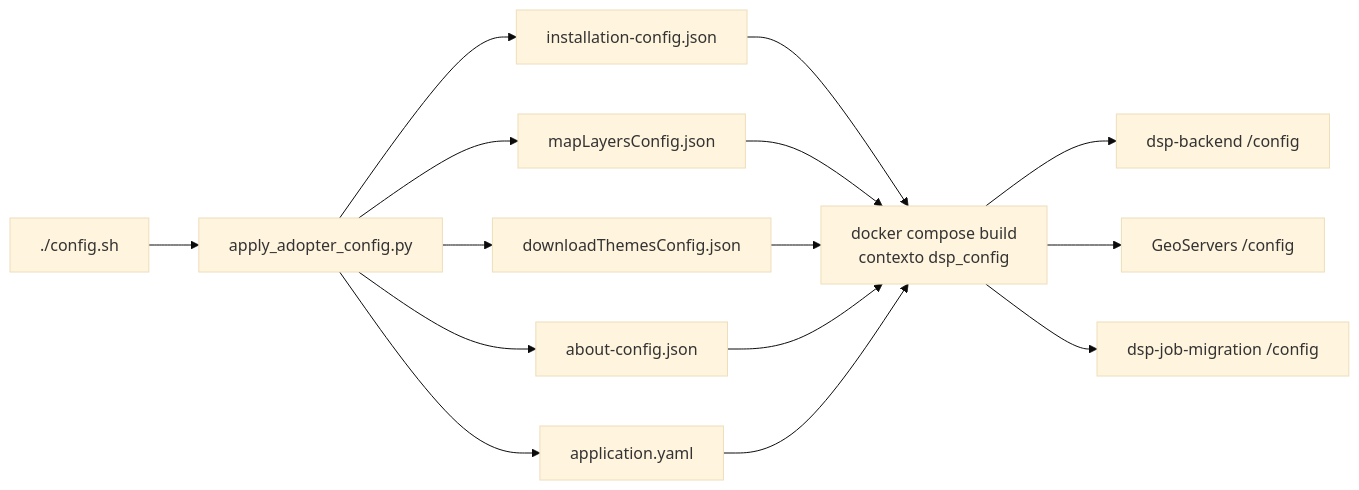
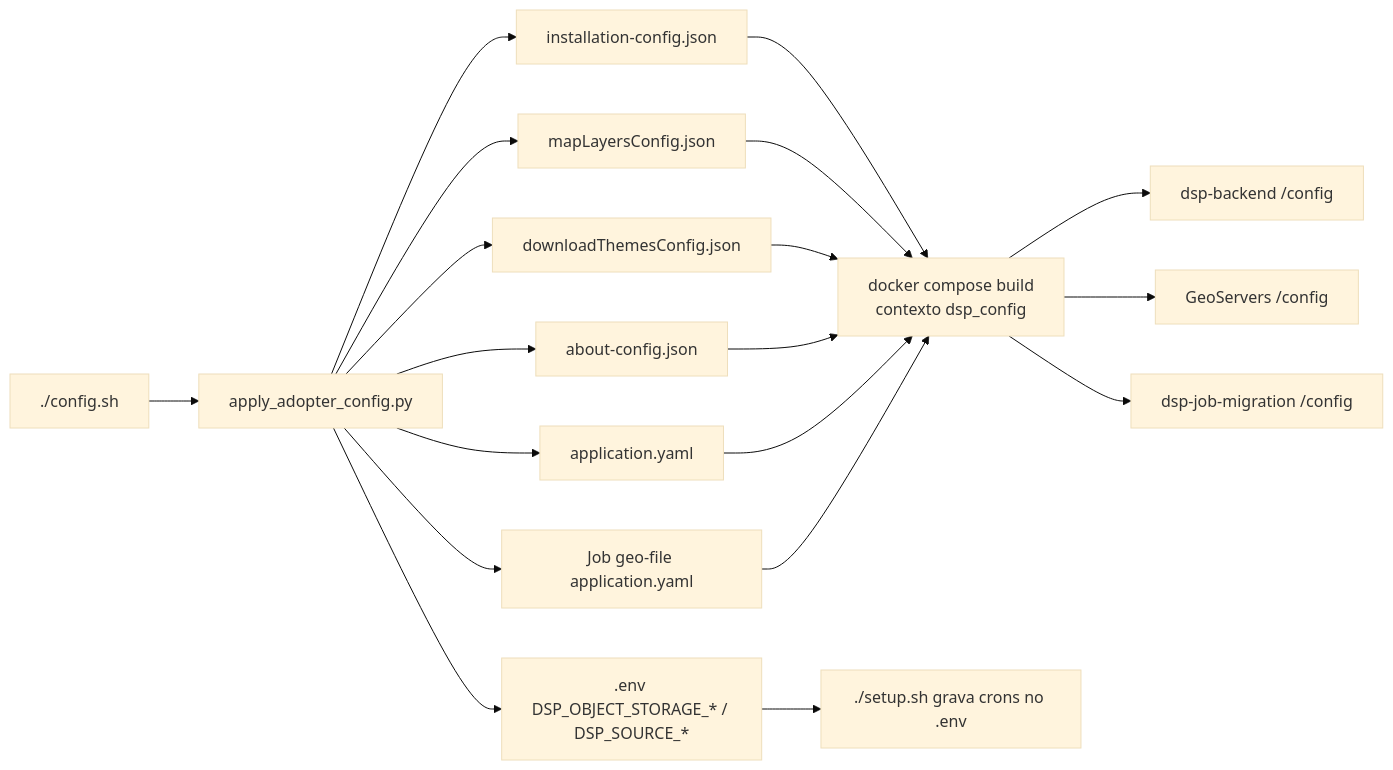
The third of 3 diagrams in docs/modules/core.md (kleber-albino/rer-dsp-docs), drawn with Mermaid (base theme) before and after one commit. The commit also changed other lines of this file and 1 other file, not shown here.

First line of the commit message:
docs: detail cron configuration for geo-file generation and migration setup

````diff
--- a/docs/modules/core.md
+++ b/docs/modules/core.md
@@ -321,17 +332,21 @@
 ```mermaid
 flowchart LR
   configSh["./config.sh"] --> apply["apply_adopter_config.py"]
   apply --> installJson["installation-config.json"]
   apply --> mapJson["mapLayersConfig.json"]
   apply --> downloadJson["downloadThemesConfig.json"]
   apply --> aboutJson["about-config.json"]
   apply --> appYaml["application.yaml"]
+  apply --> geoYaml["Job geo-file application.yaml"]
+  apply --> dotenvStorage[".env DSP_OBJECT_STORAGE_* / DSP_SOURCE_*"]
   installJson --> build["docker compose build<br/>contexto dsp_config"]
   mapJson --> build
   downloadJson --> build
   aboutJson --> build
   appYaml --> build
+  geoYaml --> build
+  dotenvStorage --> setupSh["./setup.sh grava crons no .env"]
   build --> backendImg["dsp-backend /config"]
   build --> geoserverImg["GeoServers /config"]
   build --> jobImg["dsp-job-migration /config"]
 ```
````
